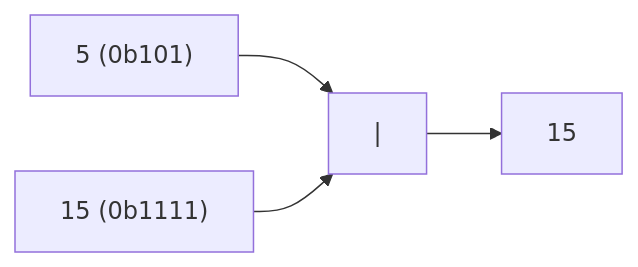
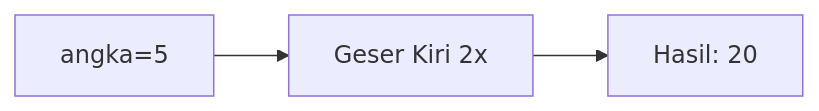
The third of 25 diagrams in part-c-pemahaman-cpp/06-bitwise/latihan/set-04.md (amnahwaida/OSNK_INF_PREP), drawn with Mermaid before and after one commit. The commit also changed other lines of this file and 71 other files, not shown here.

````diff
--- a/part-c-pemahaman-cpp/06-bitwise/latihan/set-04.md
+++ b/part-c-pemahaman-cpp/06-bitwise/latihan/set-04.md
@@ -74,6 +77,5 @@
 ```mermaid
 graph LR
-A["5 (0b101)"] --> C["|"]
-B["15 (0b1111)"] --> C
-C --> D["15"]
+A["angka=5"] --> B["Geser Kiri 2x"]
+B --> C["Hasil: 20"]
 ```
````
